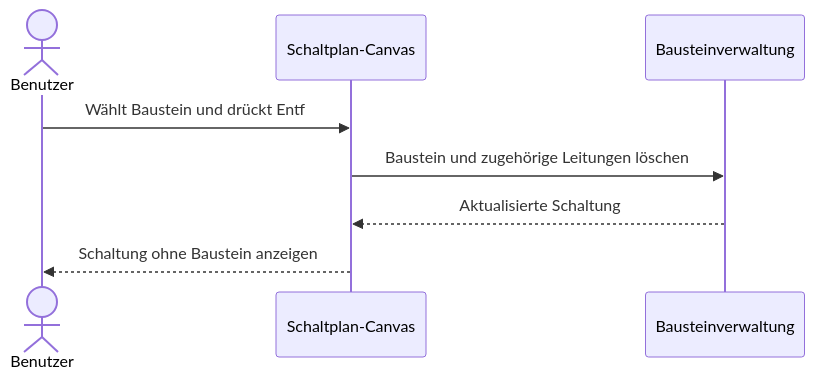
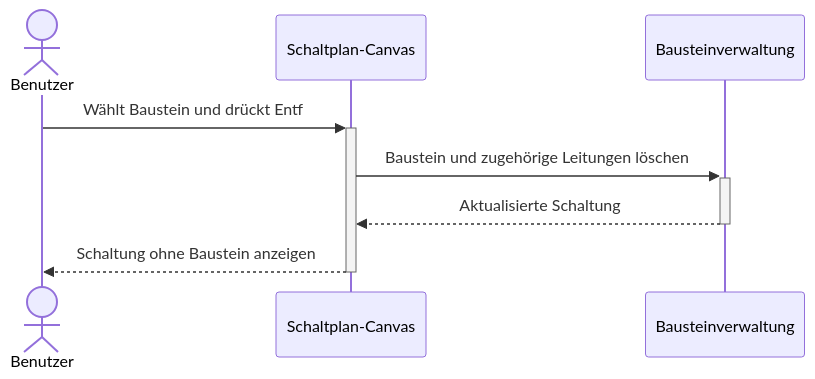
One commit to SimonJ2222/BitFlow changed diagram 12 of 22 in docs/use_cases/software_requirements_specification.md. Above: the diagram before and after it, drawn with Mermaid. The commit also changed other lines of this file, not shown here.

Commit message:
Added activations and deactivations to all Sequence Diagrams

````diff
--- a/docs/use_cases/software_requirements_specification.md
+++ b/docs/use_cases/software_requirements_specification.md
@@ -528,12 +536,12 @@
 ```mermaid
 sequenceDiagram
     actor Benutzer
     participant Canvas as Schaltplan-Canvas
     participant System as Bausteinverwaltung
 
-    Benutzer ->> Canvas: Wählt Baustein und drückt Entf
-    Canvas ->> System: Baustein und zugehörige Leitungen löschen
-    System -->> Canvas: Aktualisierte Schaltung
-    Canvas -->> Benutzer: Schaltung ohne Baustein anzeigen
+    Benutzer ->>+ Canvas: Wählt Baustein und drückt Entf
+    Canvas ->>+ System: Baustein und zugehörige Leitungen löschen
+    System -->>- Canvas: Aktualisierte Schaltung
+    Canvas -->>- Benutzer: Schaltung ohne Baustein anzeigen
 
 ```
````
